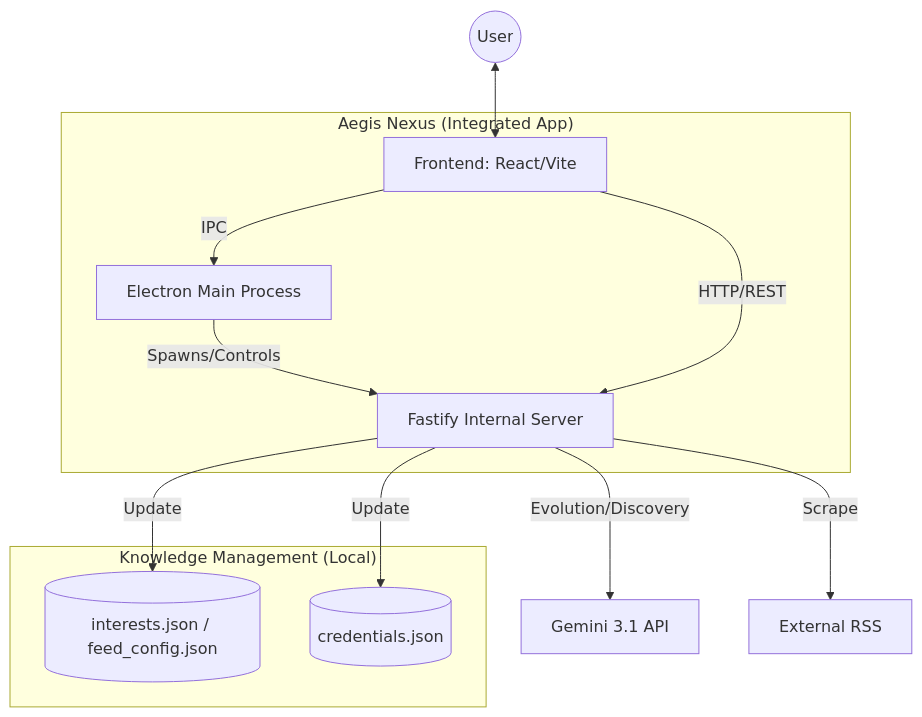
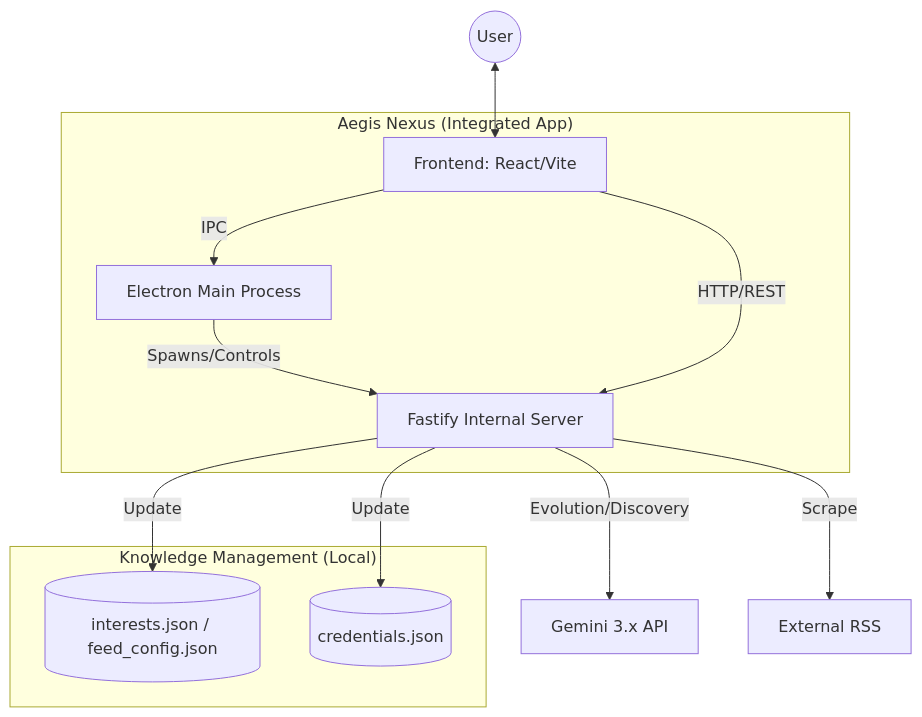
Before and after one commit to charge0315/aegis-ai-hub: the diagram in docs/CODEMAPS/INDEX.md, drawn with Mermaid. The commit also changed other lines of this file and 7 other files, not shown here.

````diff
--- a/docs/CODEMAPS/INDEX.md
+++ b/docs/CODEMAPS/INDEX.md
@@ -62,26 +62,26 @@
 ```mermaid
 graph TD
     User((User))
     
     subgraph "Aegis Nexus (Integrated App)"
         UI[Frontend: React/Vite]
         Main[Electron Main Process]
         Server[Fastify Internal Server]
         
         Main -- Spawns/Controls --> Server
         UI -- IPC --> Main
         UI -- HTTP/REST --> Server
     end
     
     subgraph "Knowledge Management (Local)"
         Config[(interests.json / feed_config.json)]
         Creds[(credentials.json)]
     end
 
     User <--> UI
     
-    Server -- Evolution/Discovery --> GeminiAPI[Gemini 3.1 API]
+    Server -- Evolution/Discovery --> GeminiAPI[Gemini 3.x API]
     Server -- Scrape --> Feeds[External RSS]
     Server -- Update --> Config
     Server -- Update --> Creds
 ```
````
